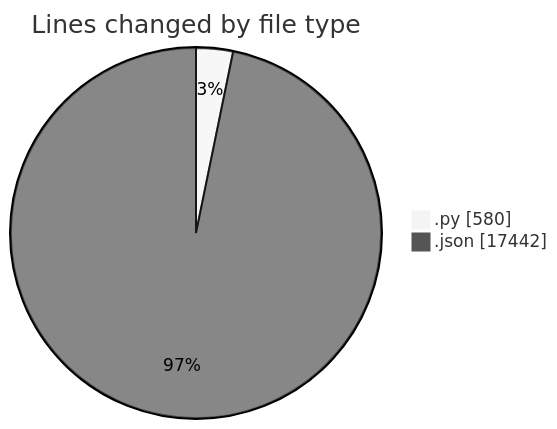
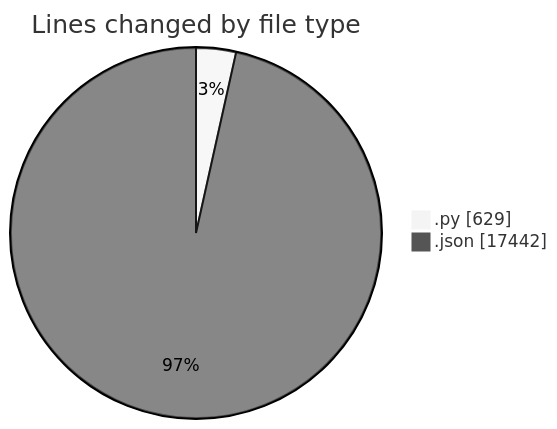
Before and after one commit to MatusMokan/code-tracking: the first of 2 diagrams in 2025-10-25/untitled__workspace_/README.md, drawn with Mermaid (neutral theme). The commit also changed other lines of this file and 1 other file, not shown here.

````diff
--- a/2025-10-25/untitled__workspace_/README.md
+++ b/2025-10-25/untitled__workspace_/README.md
@@ -21,6 +21,6 @@
 ```mermaid
 pie showData
 title Lines changed by file type
-".py" : 580
+".py" : 629
 ".json" : 17442
 ```
````
